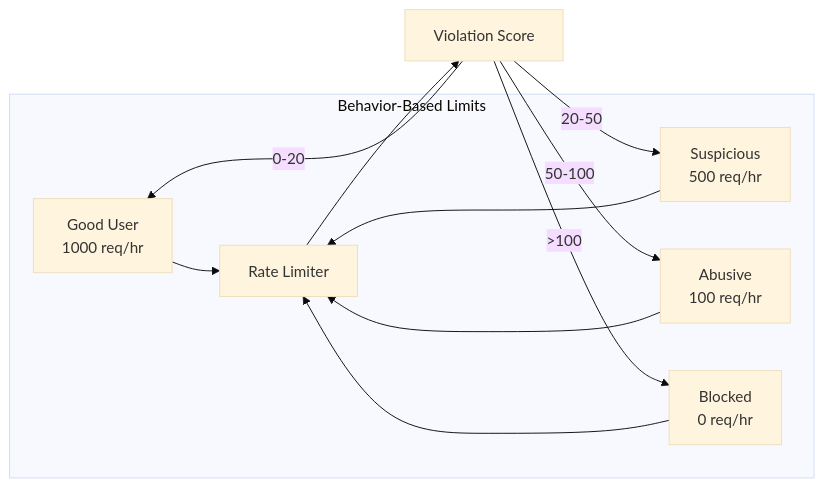
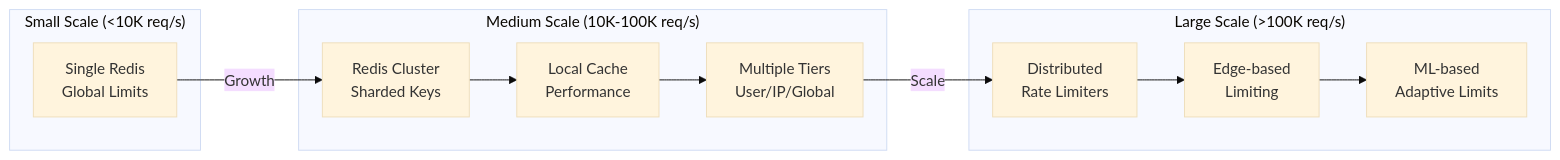
One commit to deepaucksharma/DStudio changed the fourth of 6 diagrams in docs/pattern-library/scaling/rate-limiting.md. Above: the diagram before and after it, drawn with Mermaid (base theme). The commit also changed other lines of this file and 23 other files, not shown here.

````diff
--- a/docs/pattern-library/scaling/rate-limiting.md
+++ b/docs/pattern-library/scaling/rate-limiting.md
@@ -175,15 +247,25 @@
 ```mermaid
 graph LR
-    subgraph "Behavior-Based Limits"
-        Good[Good User<br/>1000 req/hr] --> RL[Rate Limiter]
-        Suspicious[Suspicious<br/>500 req/hr] --> RL
-        Abusive[Abusive<br/>100 req/hr] --> RL
-        Blocked[Blocked<br/>0 req/hr] --> RL
+    subgraph "Small Scale (<10K req/s)"
+        A1[Single Redis<br/>Global Limits]
     end
     
-    RL --> Score[Violation Score]
-    Score -->|0-20| Good
-    Score -->|20-50| Suspicious
-    Score -->|50-100| Abusive
-    Score -->|>100| Blocked
+    subgraph "Medium Scale (10K-100K req/s)"
+        B1[Redis Cluster<br/>Sharded Keys]
+        B2[Local Cache<br/>Performance]
+        B3[Multiple Tiers<br/>User/IP/Global]
+        B1 --> B2
+        B2 --> B3
+    end
+    
+    subgraph "Large Scale (>100K req/s)"
+        C1[Distributed<br/>Rate Limiters]
+        C2[Edge-based<br/>Limiting]
+        C3[ML-based<br/>Adaptive Limits]
+        C1 --> C2
+        C2 --> C3
+    end
+    
+    A1 -->|Growth| B1
+    B3 -->|Scale| C1
 ```
````
